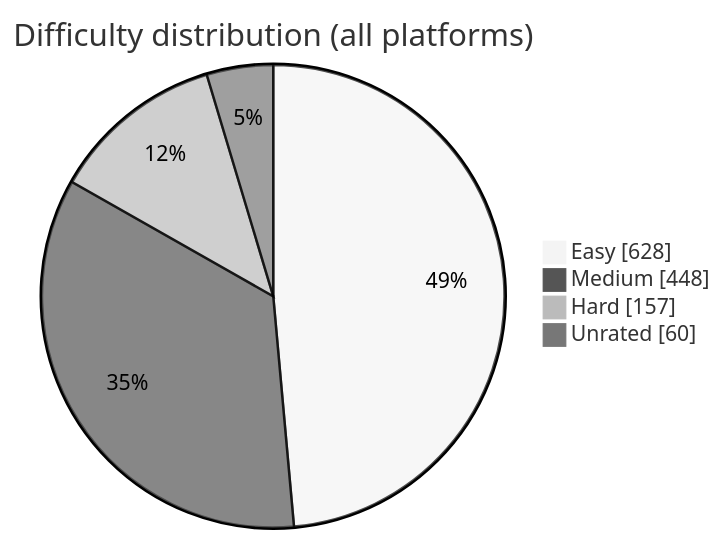
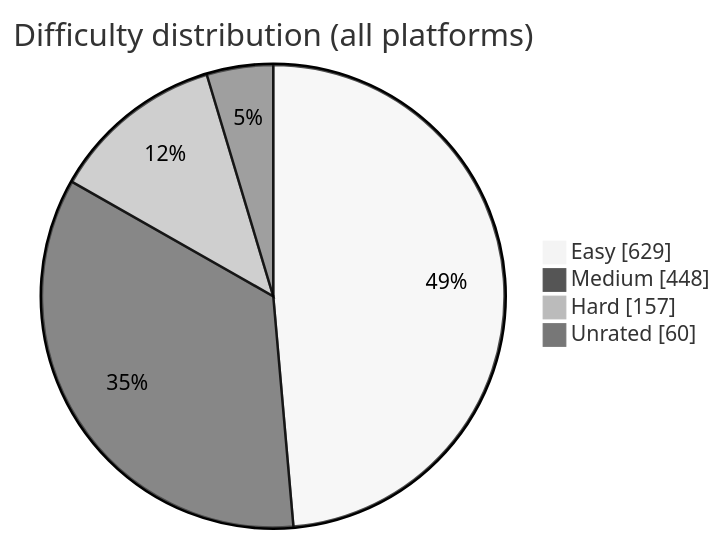
The diagram in README.md (BuildbyArindam/Daily-Coding-Log), drawn with Mermaid (neutral theme) before and after one commit. The commit also changed other lines of this file, not shown here.

````diff
--- a/README.md
+++ b/README.md
@@ -93,7 +93,7 @@
 ```mermaid
 pie showData title Difficulty distribution (all platforms)
-    "Easy" : 628
+    "Easy" : 629
     "Medium" : 448
     "Hard" : 157
     "Unrated" : 60
 ```
````
